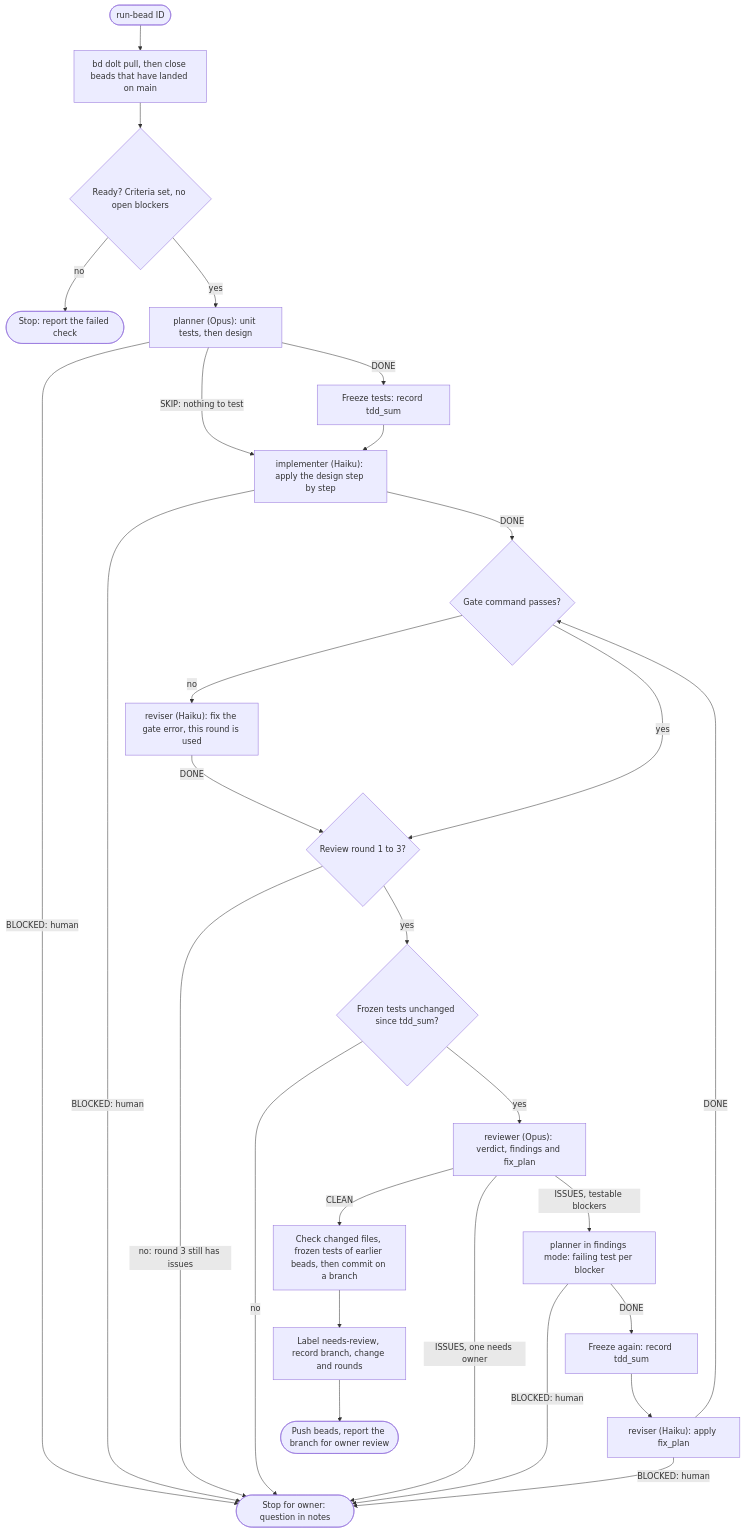
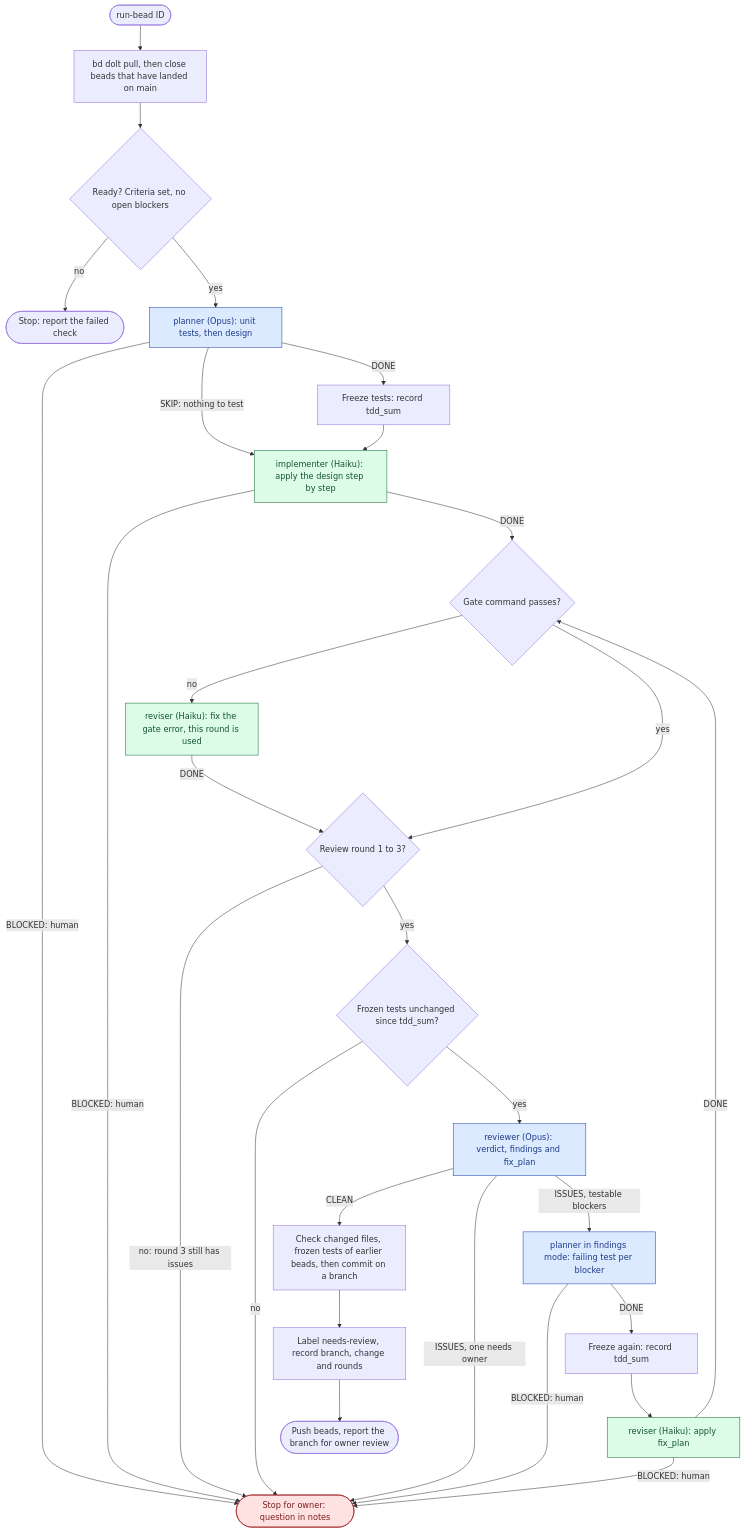
Before and after one commit to muzomer/plugins: the diagram in plugins/beads-workflow/README.md, drawn with Mermaid. The commit also changed other lines of this file, not shown here.

Commit message:
docs(beads-workflow): colour the bead diagram by model and owner stops
Blue marks Opus agents, green marks Haiku agents, and red marks the stops that wait for the owner.

````diff
--- a/plugins/beads-workflow/README.md
+++ b/plugins/beads-workflow/README.md
@@ -36,35 +37,42 @@
 ```mermaid
 flowchart TD
     start(["run-bead ID"]) --> sync["bd dolt pull, then close beads that have landed on main"]
     sync --> pre{"Ready? Criteria set, no open blockers"}
     pre -- "no" --> stopPre(["Stop: report the failed check"])
     pre -- "yes" --> planner["planner (Opus): unit tests, then design"]
 
     planner -- "BLOCKED: human" --> human(["Stop for owner: question in notes"])
     planner -- "SKIP: nothing to test" --> impl
     planner -- "DONE" --> freeze1["Freeze tests: record tdd_sum"]
     freeze1 --> impl["implementer (Haiku): apply the design step by step"]
 
     impl -- "BLOCKED: human" --> human
     impl -- "DONE" --> gate{"Gate command passes?"}
     gate -- "no" --> gateFix["reviser (Haiku): fix the gate error, this round is used"]
     gateFix -- "DONE" --> round
     gate -- "yes" --> round{"Review round 1 to 3?"}
 
     round -- "no: round 3 still has issues" --> human
     round -- "yes" --> tamper{"Frozen tests unchanged since tdd_sum?"}
     tamper -- "no" --> human
     tamper -- "yes" --> reviewer["reviewer (Opus): verdict, findings and fix_plan"]
 
     reviewer -- "CLEAN" --> commit
     reviewer -- "ISSUES, one needs owner" --> human
     reviewer -- "ISSUES, testable blockers" --> planner2["planner in findings mode: failing test per blocker"]
     planner2 -- "BLOCKED: human" --> human
     planner2 -- "DONE" --> freeze2["Freeze again: record tdd_sum"]
     freeze2 --> reviser["reviser (Haiku): apply fix_plan"]
     reviser -- "BLOCKED: human" --> human
     reviser -- "DONE" --> gate
 
     commit["Check changed files, frozen tests of earlier beads, then commit on a branch"] --> label["Label needs-review, record branch, change and rounds"]
     label --> report(["Push beads, report the branch for owner review"])
+
+    classDef opus fill:#dbeafe,stroke:#1e40af,color:#1e3a8a
+    classDef haiku fill:#dcfce7,stroke:#166534,color:#14532d
+    classDef owner fill:#fee2e2,stroke:#991b1b,color:#7f1d1d
+    class planner,planner2,reviewer opus
+    class impl,gateFix,reviser haiku
+    class human owner
 ```
````
